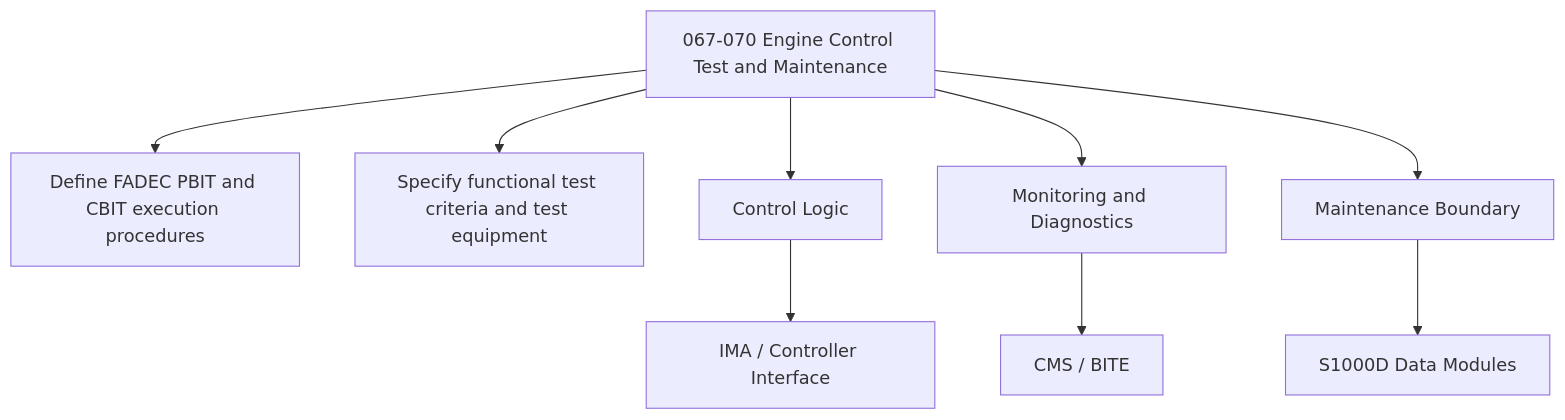
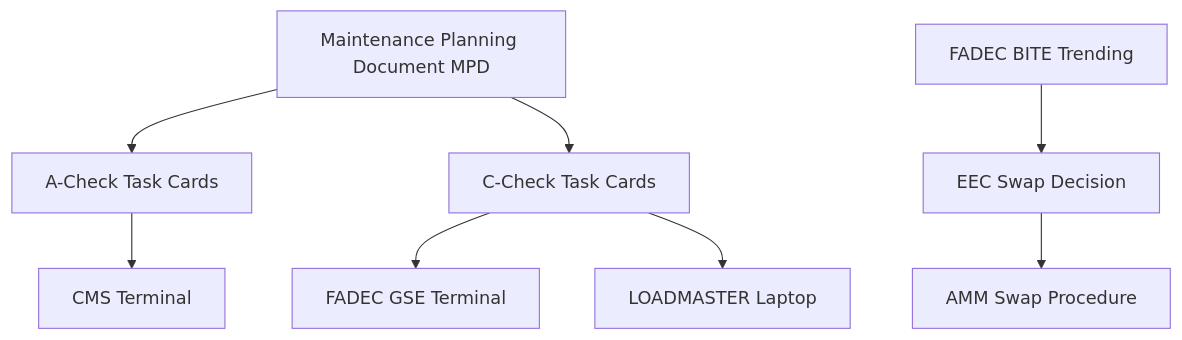
The second of 2 diagrams in Q+ATLANTIDE/000-099_ATLAS/060-069_Propulsion-Tradicional/067_Engine-Controls/067-070-Engine-Control-Test-and-Maintenance.md (AmedeoPelliccia/Qplus-For-All-Queer-People-and-Quantum), drawn with Mermaid before and after one commit. The commit also changed other lines of this file and 9 other files, not shown here.

````diff
--- a/Q+ATLANTIDE/000-099_ATLAS/060-069_Propulsion-Tradicional/067_Engine-Controls/067-070-Engine-Control-Test-and-Maintenance.md
+++ b/Q+ATLANTIDE/000-099_ATLAS/060-069_Propulsion-Tradicional/067_Engine-Controls/067-070-Engine-Control-Test-and-Maintenance.md
@@ -172,11 +115,10 @@
 ```mermaid
 flowchart TB
-    SYS[067-070 Engine Control Test and Maintenance] --> F1[Define FADEC PBIT and CBIT execution procedures]
-    SYS --> F2[Specify functional test criteria and test equipment]
-    SYS --> CTRL[Control Logic]
-    SYS --> MON[Monitoring and Diagnostics]
-    SYS --> MAINT[Maintenance Boundary]
-    CTRL --> IMA[IMA / Controller Interface]
-    MON --> CMS[CMS / BITE]
-    MAINT --> CSDB[S1000D Data Modules]
+    MPD[Maintenance Planning Document MPD] --> A_TASKS[A-Check Task Cards]
+    MPD --> C_TASKS[C-Check Task Cards]
+    A_TASKS --> CMS_TOOL[CMS Terminal]
+    C_TASKS --> FADEC_GSE[FADEC GSE Terminal]
+    C_TASKS --> LOADMASTER[LOADMASTER Laptop]
+    OC_DECISION[FADEC BITE Trending] --> EEC_SWAP_TRIGGER[EEC Swap Decision]
+    EEC_SWAP_TRIGGER --> SWAP_PROC[AMM Swap Procedure]
 ```
````
